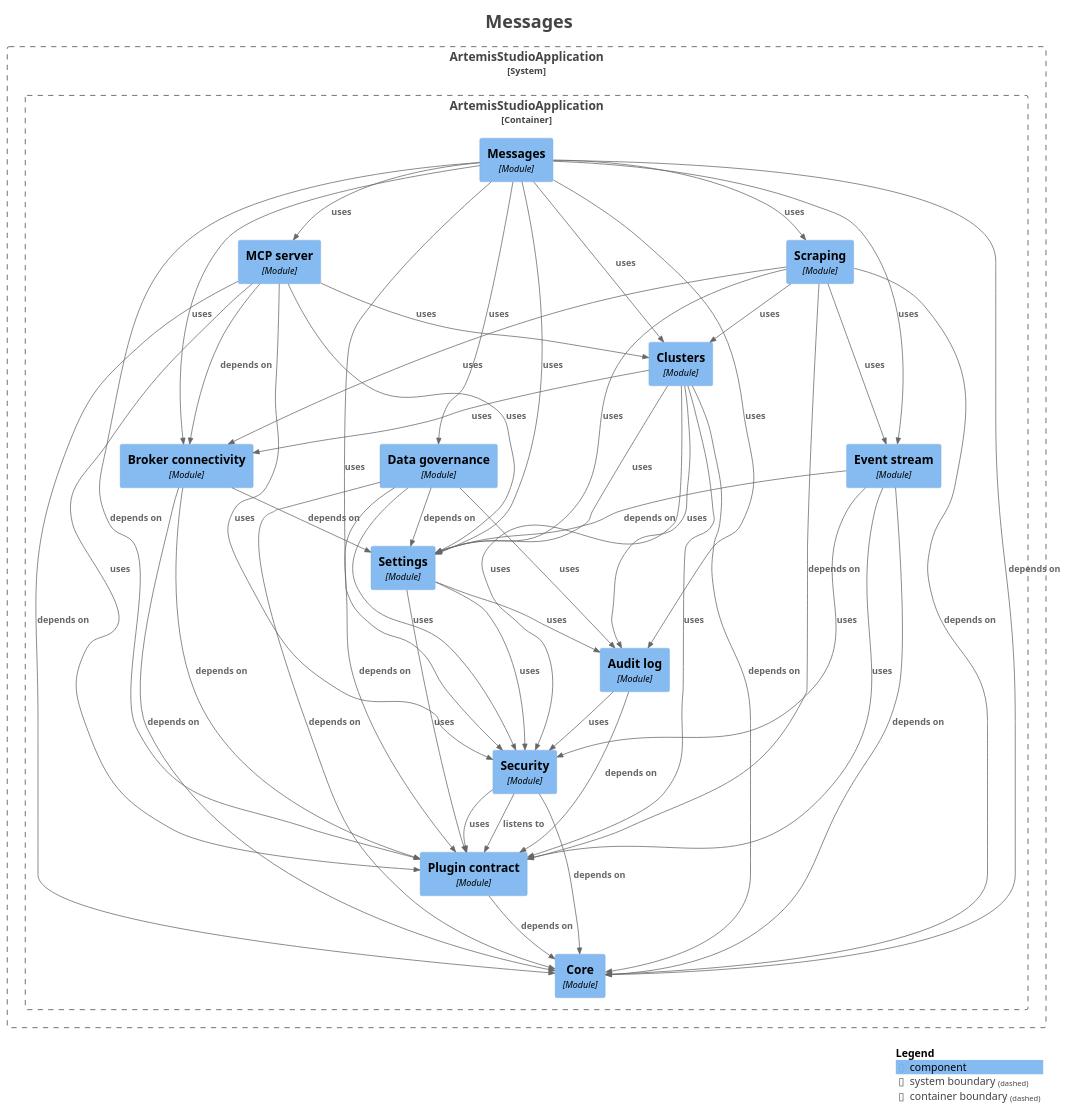
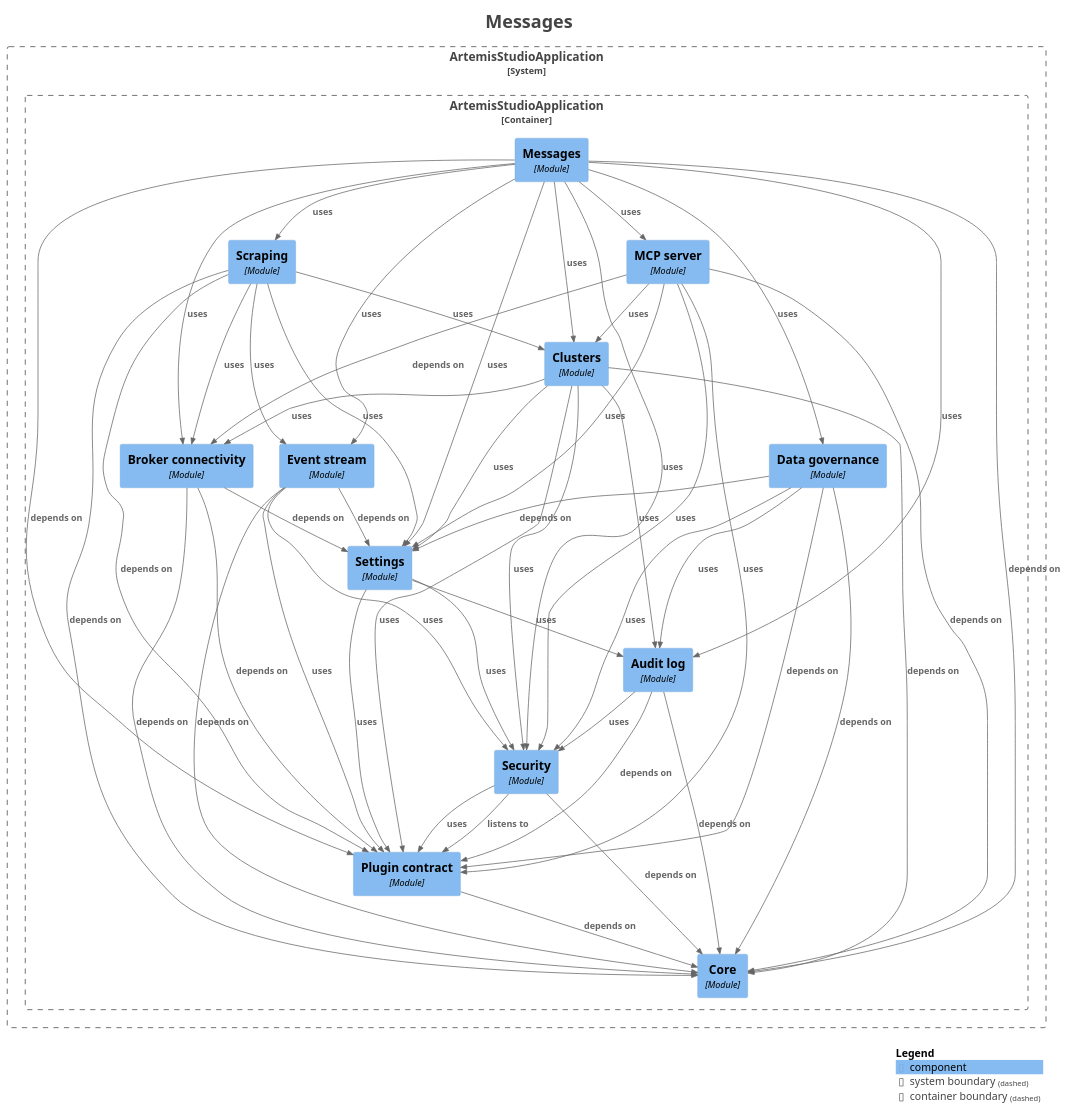
Before and after one commit to sudoitir/artemis-studio: the diagram in docs/modules/module-feature.messages.puml, drawn with PlantUML. The commit also changed 17 other files, not shown here.

Commit message:
docs(modules): regenerate the module diagrams for the audit log's core dependency

```diff
--- a/docs/modules/module-feature.messages.puml
+++ b/docs/modules/module-feature.messages.puml
@@ -1,89 +1,90 @@
 @startuml
 title <size:24>Messages</size>
 
 set separator none
 top to bottom direction
 
 <style>
   root {
     BackgroundColor: #ffffff
     FontColor: #444444
   }
 </style>
 
 !include <C4/C4>
 !include <C4/C4_Context>
 !include <C4/C4_Component>
 
 System_Boundary("ArtemisStudioApplication_boundary", "ArtemisStudioApplication", $tags="") {
   Container_Boundary("ArtemisStudioApplication.ArtemisStudioApplication_boundary", "ArtemisStudioApplication", $tags="") {
     Component(ArtemisStudioApplication.ArtemisStudioApplication.Settings, "Settings", $techn="Module", $descr="", $tags="", $link="")
     Component(ArtemisStudioApplication.ArtemisStudioApplication.Eventstream, "Event stream", $techn="Module", $descr="", $tags="", $link="")
     Component(ArtemisStudioApplication.ArtemisStudioApplication.Brokerconnectivity, "Broker connectivity", $techn="Module", $descr="", $tags="", $link="")
     Component(ArtemisStudioApplication.ArtemisStudioApplication.Datagovernance, "Data governance", $techn="Module", $descr="", $tags="", $link="")
     Component(ArtemisStudioApplication.ArtemisStudioApplication.Clusters, "Clusters", $techn="Module", $descr="", $tags="", $link="")
     Component(ArtemisStudioApplication.ArtemisStudioApplication.MCPserver, "MCP server", $techn="Module", $descr="", $tags="", $link="")
     Component(ArtemisStudioApplication.ArtemisStudioApplication.Scraping, "Scraping", $techn="Module", $descr="", $tags="", $link="")
     Component(ArtemisStudioApplication.ArtemisStudioApplication.Messages, "Messages", $techn="Module", $descr="", $tags="", $link="")
     Component(ArtemisStudioApplication.ArtemisStudioApplication.Core, "Core", $techn="Module", $descr="", $tags="", $link="")
     Component(ArtemisStudioApplication.ArtemisStudioApplication.Plugincontract, "Plugin contract", $techn="Module", $descr="", $tags="", $link="")
     Component(ArtemisStudioApplication.ArtemisStudioApplication.Security, "Security", $techn="Module", $descr="", $tags="", $link="")
     Component(ArtemisStudioApplication.ArtemisStudioApplication.Auditlog, "Audit log", $techn="Module", $descr="", $tags="", $link="")
   }
 
 }
 
+Rel(ArtemisStudioApplication.ArtemisStudioApplication.Auditlog, ArtemisStudioApplication.ArtemisStudioApplication.Core, "depends on", $techn="", $tags="", $link="")
 Rel(ArtemisStudioApplication.ArtemisStudioApplication.Auditlog, ArtemisStudioApplication.ArtemisStudioApplication.Plugincontract, "depends on", $techn="", $tags="", $link="")
 Rel(ArtemisStudioApplication.ArtemisStudioApplication.Auditlog, ArtemisStudioApplication.ArtemisStudioApplication.Security, "uses", $techn="", $tags="", $link="")
 Rel(ArtemisStudioApplication.ArtemisStudioApplication.Brokerconnectivity, ArtemisStudioApplication.ArtemisStudioApplication.Core, "depends on", $techn="", $tags="", $link="")
 Rel(ArtemisStudioApplication.ArtemisStudioApplication.Brokerconnectivity, ArtemisStudioApplication.ArtemisStudioApplication.Plugincontract, "depends on", $techn="", $tags="", $link="")
 Rel(ArtemisStudioApplication.ArtemisStudioApplication.Brokerconnectivity, ArtemisStudioApplication.ArtemisStudioApplication.Settings, "depends on", $techn="", $tags="", $link="")
 Rel(ArtemisStudioApplication.ArtemisStudioApplication.Clusters, ArtemisStudioApplication.ArtemisStudioApplication.Auditlog, "uses", $techn="", $tags="", $link="")
 Rel(ArtemisStudioApplication.ArtemisStudioApplication.Clusters, ArtemisStudioApplication.ArtemisStudioApplication.Brokerconnectivity, "uses", $techn="", $tags="", $link="")
 Rel(ArtemisStudioApplication.ArtemisStudioApplication.Clusters, ArtemisStudioApplication.ArtemisStudioApplication.Core, "depends on", $techn="", $tags="", $link="")
 Rel(ArtemisStudioApplication.ArtemisStudioApplication.Clusters, ArtemisStudioApplication.ArtemisStudioApplication.Plugincontract, "uses", $techn="", $tags="", $link="")
 Rel(ArtemisStudioApplication.ArtemisStudioApplication.Clusters, ArtemisStudioApplication.ArtemisStudioApplication.Security, "uses", $techn="", $tags="", $link="")
 Rel(ArtemisStudioApplication.ArtemisStudioApplication.Clusters, ArtemisStudioApplication.ArtemisStudioApplication.Settings, "uses", $techn="", $tags="", $link="")
 Rel(ArtemisStudioApplication.ArtemisStudioApplication.Datagovernance, ArtemisStudioApplication.ArtemisStudioApplication.Auditlog, "uses", $techn="", $tags="", $link="")
 Rel(ArtemisStudioApplication.ArtemisStudioApplication.Datagovernance, ArtemisStudioApplication.ArtemisStudioApplication.Core, "depends on", $techn="", $tags="", $link="")
 Rel(ArtemisStudioApplication.ArtemisStudioApplication.Datagovernance, ArtemisStudioApplication.ArtemisStudioApplication.Plugincontract, "depends on", $techn="", $tags="", $link="")
 Rel(ArtemisStudioApplication.ArtemisStudioApplication.Datagovernance, ArtemisStudioApplication.ArtemisStudioApplication.Security, "uses", $techn="", $tags="", $link="")
 Rel(ArtemisStudioApplication.ArtemisStudioApplication.Datagovernance, ArtemisStudioApplication.ArtemisStudioApplication.Settings, "depends on", $techn="", $tags="", $link="")
 Rel(ArtemisStudioApplication.ArtemisStudioApplication.Eventstream, ArtemisStudioApplication.ArtemisStudioApplication.Core, "depends on", $techn="", $tags="", $link="")
 Rel(ArtemisStudioApplication.ArtemisStudioApplication.Eventstream, ArtemisStudioApplication.ArtemisStudioApplication.Plugincontract, "uses", $techn="", $tags="", $link="")
 Rel(ArtemisStudioApplication.ArtemisStudioApplication.Eventstream, ArtemisStudioApplication.ArtemisStudioApplication.Security, "uses", $techn="", $tags="", $link="")
 Rel(ArtemisStudioApplication.ArtemisStudioApplication.Eventstream, ArtemisStudioApplication.ArtemisStudioApplication.Settings, "depends on", $techn="", $tags="", $link="")
 Rel(ArtemisStudioApplication.ArtemisStudioApplication.MCPserver, ArtemisStudioApplication.ArtemisStudioApplication.Brokerconnectivity, "depends on", $techn="", $tags="", $link="")
 Rel(ArtemisStudioApplication.ArtemisStudioApplication.MCPserver, ArtemisStudioApplication.ArtemisStudioApplication.Clusters, "uses", $techn="", $tags="", $link="")
 Rel(ArtemisStudioApplication.ArtemisStudioApplication.MCPserver, ArtemisStudioApplication.ArtemisStudioApplication.Core, "depends on", $techn="", $tags="", $link="")
 Rel(ArtemisStudioApplication.ArtemisStudioApplication.MCPserver, ArtemisStudioApplication.ArtemisStudioApplication.Plugincontract, "uses", $techn="", $tags="", $link="")
 Rel(ArtemisStudioApplication.ArtemisStudioApplication.MCPserver, ArtemisStudioApplication.ArtemisStudioApplication.Security, "uses", $techn="", $tags="", $link="")
 Rel(ArtemisStudioApplication.ArtemisStudioApplication.MCPserver, ArtemisStudioApplication.ArtemisStudioApplication.Settings, "uses", $techn="", $tags="", $link="")
 Rel(ArtemisStudioApplication.ArtemisStudioApplication.Messages, ArtemisStudioApplication.ArtemisStudioApplication.Auditlog, "uses", $techn="", $tags="", $link="")
 Rel(ArtemisStudioApplication.ArtemisStudioApplication.Messages, ArtemisStudioApplication.ArtemisStudioApplication.Brokerconnectivity, "uses", $techn="", $tags="", $link="")
 Rel(ArtemisStudioApplication.ArtemisStudioApplication.Messages, ArtemisStudioApplication.ArtemisStudioApplication.Clusters, "uses", $techn="", $tags="", $link="")
 Rel(ArtemisStudioApplication.ArtemisStudioApplication.Messages, ArtemisStudioApplication.ArtemisStudioApplication.Core, "depends on", $techn="", $tags="", $link="")
 Rel(ArtemisStudioApplication.ArtemisStudioApplication.Messages, ArtemisStudioApplication.ArtemisStudioApplication.Datagovernance, "uses", $techn="", $tags="", $link="")
 Rel(ArtemisStudioApplication.ArtemisStudioApplication.Messages, ArtemisStudioApplication.ArtemisStudioApplication.Eventstream, "uses", $techn="", $tags="", $link="")
 Rel(ArtemisStudioApplication.ArtemisStudioApplication.Messages, ArtemisStudioApplication.ArtemisStudioApplication.MCPserver, "uses", $techn="", $tags="", $link="")
 Rel(ArtemisStudioApplication.ArtemisStudioApplication.Messages, ArtemisStudioApplication.ArtemisStudioApplication.Plugincontract, "depends on", $techn="", $tags="", $link="")
 Rel(ArtemisStudioApplication.ArtemisStudioApplication.Messages, ArtemisStudioApplication.ArtemisStudioApplication.Scraping, "uses", $techn="", $tags="", $link="")
 Rel(ArtemisStudioApplication.ArtemisStudioApplication.Messages, ArtemisStudioApplication.ArtemisStudioApplication.Security, "uses", $techn="", $tags="", $link="")
 Rel(ArtemisStudioApplication.ArtemisStudioApplication.Messages, ArtemisStudioApplication.ArtemisStudioApplication.Settings, "uses", $techn="", $tags="", $link="")
 Rel(ArtemisStudioApplication.ArtemisStudioApplication.Plugincontract, ArtemisStudioApplication.ArtemisStudioApplication.Core, "depends on", $techn="", $tags="", $link="")
 Rel(ArtemisStudioApplication.ArtemisStudioApplication.Scraping, ArtemisStudioApplication.ArtemisStudioApplication.Brokerconnectivity, "uses", $techn="", $tags="", $link="")
 Rel(ArtemisStudioApplication.ArtemisStudioApplication.Scraping, ArtemisStudioApplication.ArtemisStudioApplication.Clusters, "uses", $techn="", $tags="", $link="")
 Rel(ArtemisStudioApplication.ArtemisStudioApplication.Scraping, ArtemisStudioApplication.ArtemisStudioApplication.Core, "depends on", $techn="", $tags="", $link="")
 Rel(ArtemisStudioApplication.ArtemisStudioApplication.Scraping, ArtemisStudioApplication.ArtemisStudioApplication.Eventstream, "uses", $techn="", $tags="", $link="")
 Rel(ArtemisStudioApplication.ArtemisStudioApplication.Scraping, ArtemisStudioApplication.ArtemisStudioApplication.Plugincontract, "depends on", $techn="", $tags="", $link="")
 Rel(ArtemisStudioApplication.ArtemisStudioApplication.Scraping, ArtemisStudioApplication.ArtemisStudioApplication.Settings, "uses", $techn="", $tags="", $link="")
 Rel(ArtemisStudioApplication.ArtemisStudioApplication.Security, ArtemisStudioApplication.ArtemisStudioApplication.Core, "depends on", $techn="", $tags="", $link="")
 Rel(ArtemisStudioApplication.ArtemisStudioApplication.Security, ArtemisStudioApplication.ArtemisStudioApplication.Plugincontract, "listens to", $techn="", $tags="", $link="")
 Rel(ArtemisStudioApplication.ArtemisStudioApplication.Security, ArtemisStudioApplication.ArtemisStudioApplication.Plugincontract, "uses", $techn="", $tags="", $link="")
 Rel(ArtemisStudioApplication.ArtemisStudioApplication.Settings, ArtemisStudioApplication.ArtemisStudioApplication.Auditlog, "uses", $techn="", $tags="", $link="")
 Rel(ArtemisStudioApplication.ArtemisStudioApplication.Settings, ArtemisStudioApplication.ArtemisStudioApplication.Plugincontract, "uses", $techn="", $tags="", $link="")
 Rel(ArtemisStudioApplication.ArtemisStudioApplication.Settings, ArtemisStudioApplication.ArtemisStudioApplication.Security, "uses", $techn="", $tags="", $link="")
 
 SHOW_LEGEND(true)
 hide stereotypes
 @enduml
```
